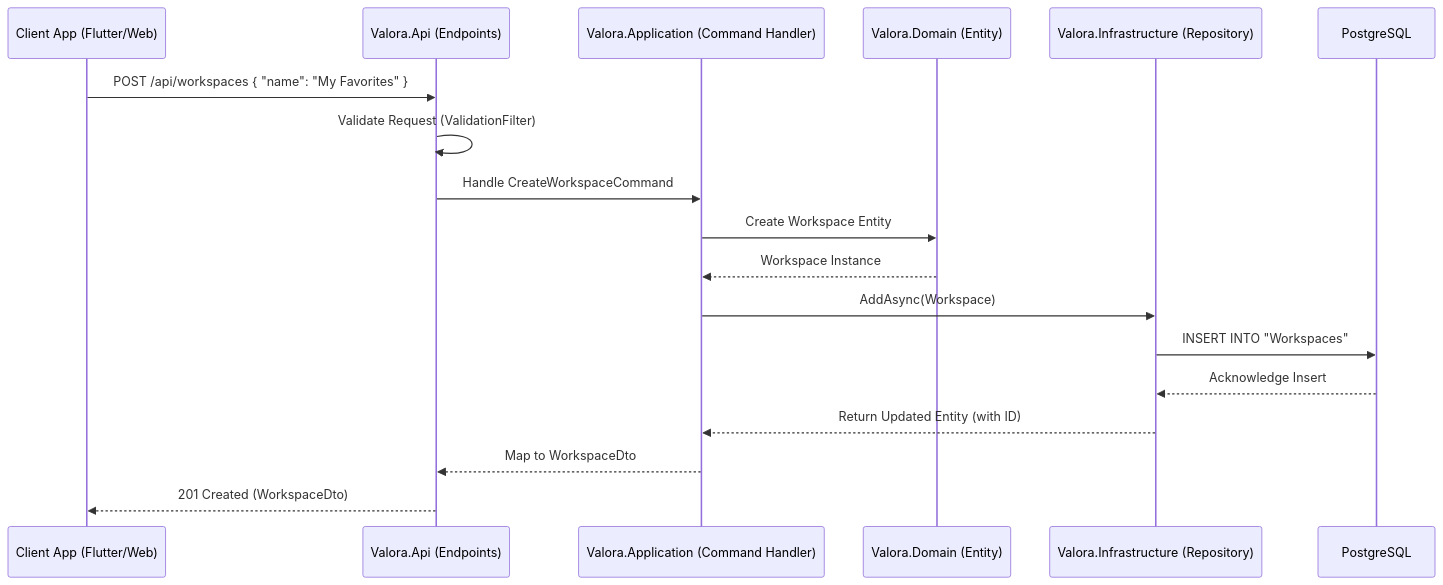
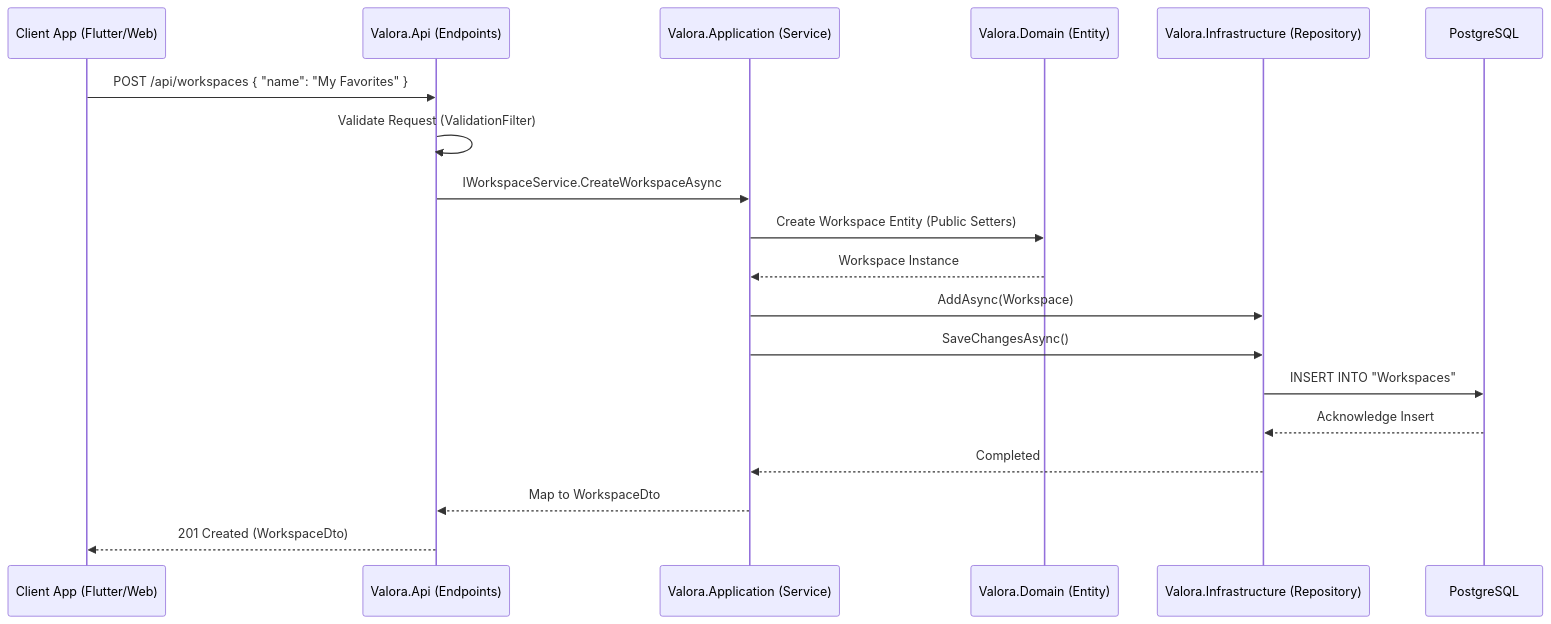
The diagram in docs/onboarding-api-to-db-guide.md (YKDBontekoe/valora), drawn with Mermaid before and after one commit. The commit also changed other lines of this file, not shown here.

````diff
--- a/docs/onboarding-api-to-db-guide.md
+++ b/docs/onboarding-api-to-db-guide.md
@@ -11,33 +11,34 @@
 ```mermaid
 sequenceDiagram
     participant Client as Client App (Flutter/Web)
     participant API as Valora.Api (Endpoints)
-    participant App as Valora.Application (Command Handler)
+    participant App as Valora.Application (Service)
     participant Domain as Valora.Domain (Entity)
     participant Repo as Valora.Infrastructure (Repository)
     participant DB as PostgreSQL
 
     Client->>API: POST /api/workspaces { "name": "My Favorites" }
 
     %% API Layer Validation
     API->>API: Validate Request (ValidationFilter)
 
     %% Delegate to Application Layer
-    API->>App: Handle CreateWorkspaceCommand
+    API->>App: IWorkspaceService.CreateWorkspaceAsync
 
     %% Business Logic
-    App->>Domain: Create Workspace Entity
+    App->>Domain: Create Workspace Entity (Public Setters)
     Domain-->>App: Workspace Instance
 
     %% Persistence Call
     App->>Repo: AddAsync(Workspace)
+    App->>Repo: SaveChangesAsync()
 
     %% Database Transaction
     Repo->>DB: INSERT INTO "Workspaces"
     DB-->>Repo: Acknowledge Insert
 
     %% Completion
-    Repo-->>App: Return Updated Entity (with ID)
+    Repo-->>App: Completed
     App-->>API: Map to WorkspaceDto
     API-->>Client: 201 Created (WorkspaceDto)
 ```
````
